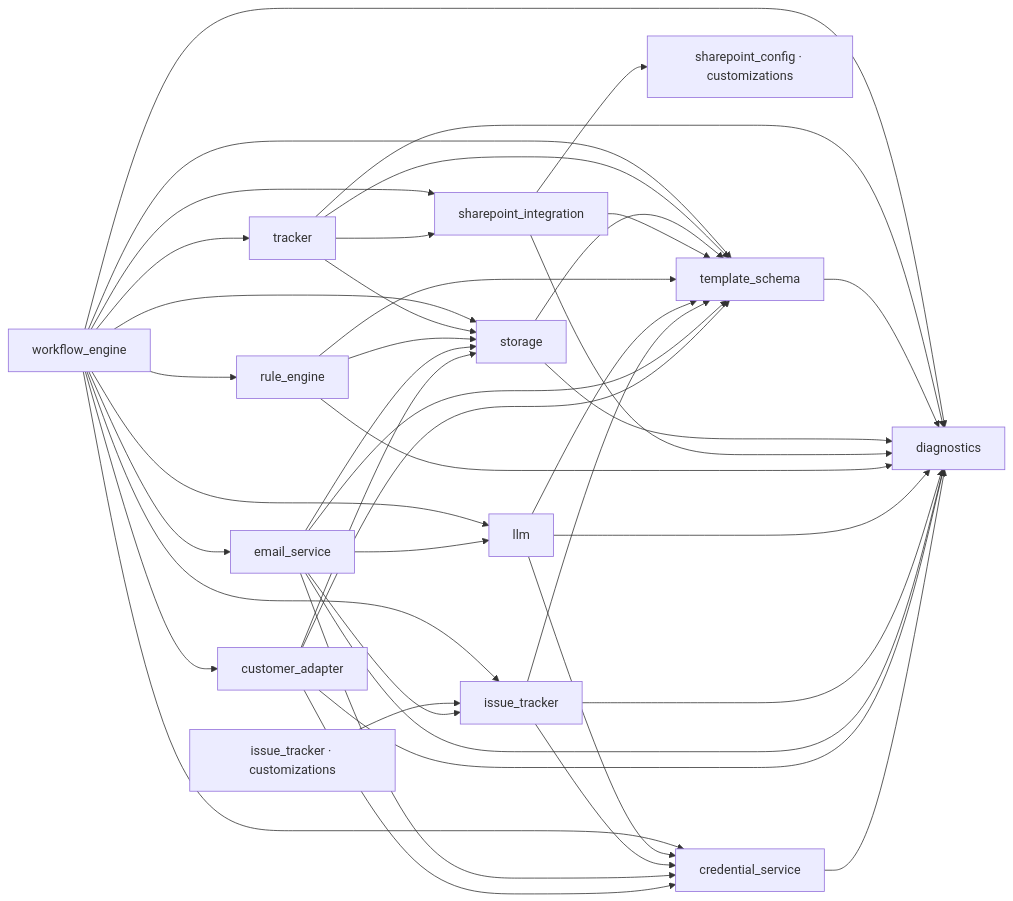
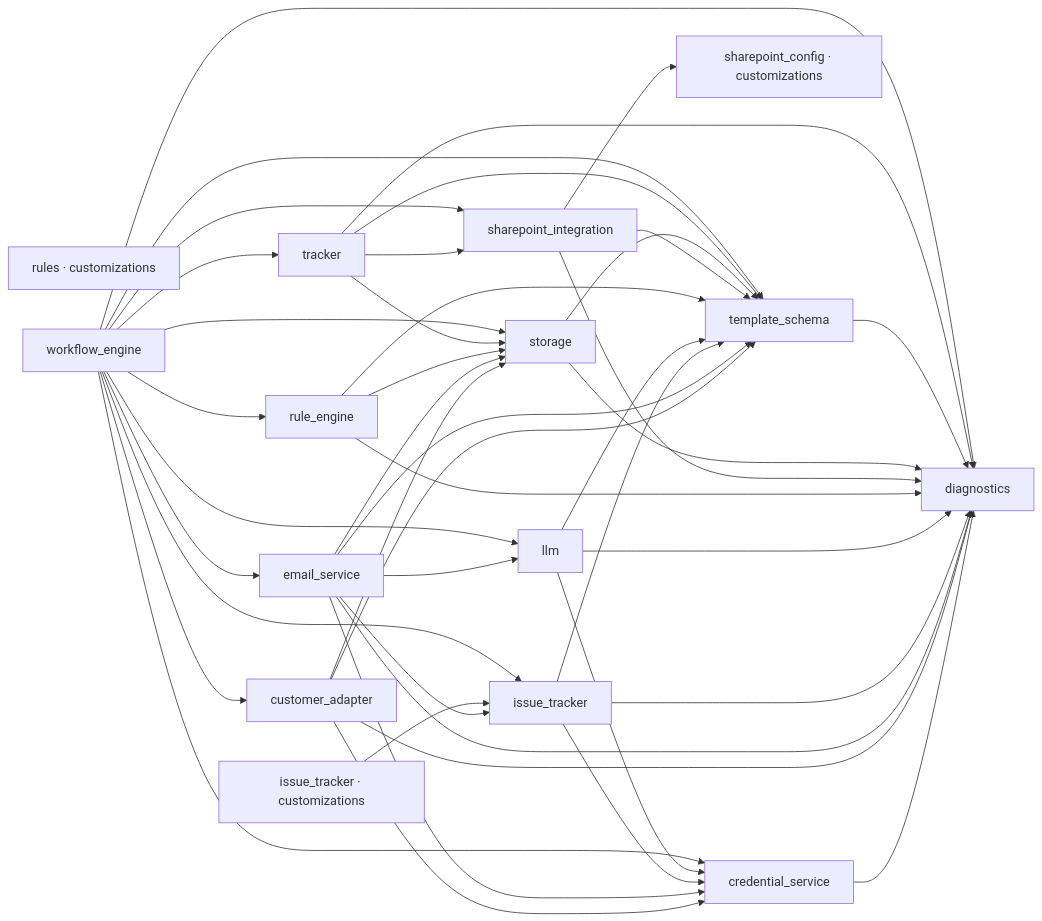
Before and after one commit to kurnoolion/hilda: the diagram in docs/compact/MAP.md, drawn with Mermaid. The commit also changed other lines of this file and 3 other files, not shown here.

Commit message:
close-session 2026-06-10 session 4: customizations/rules MODULE.md drop-zone; Batch 1 architecture closure + iterative dev↔arch cadence locked; regen-map MAP.md refresh

````diff
--- a/docs/compact/MAP.md
+++ b/docs/compact/MAP.md
@@ -24,60 +25,61 @@
 ```mermaid
 flowchart LR
     m_credential_service[credential_service]
     m_customer_adapter[customer_adapter]
     m_diagnostics[diagnostics]
     m_email_service[email_service]
     m_issue_tracker[issue_tracker]
     m_issue_tracker_cust[issue_tracker · customizations]
     m_llm[llm]
     m_rule_engine[rule_engine]
+    m_rules_cust[rules · customizations]
     m_sharepoint_config[sharepoint_config · customizations]
     m_sharepoint_integration[sharepoint_integration]
     m_storage[storage]
     m_template_schema[template_schema]
     m_tracker[tracker]
     m_workflow_engine[workflow_engine]
 
     m_credential_service --> m_diagnostics
     m_customer_adapter --> m_diagnostics
     m_customer_adapter --> m_credential_service
     m_customer_adapter --> m_storage
     m_customer_adapter --> m_template_schema
     m_email_service --> m_diagnostics
     m_email_service --> m_credential_service
     m_email_service --> m_storage
     m_email_service --> m_template_schema
     m_email_service --> m_llm
     m_email_service --> m_issue_tracker
     m_issue_tracker --> m_diagnostics
     m_issue_tracker --> m_template_schema
     m_issue_tracker --> m_credential_service
     m_issue_tracker_cust --> m_issue_tracker
     m_llm --> m_diagnostics
     m_llm --> m_credential_service
     m_llm --> m_template_schema
     m_rule_engine --> m_diagnostics
     m_rule_engine --> m_template_schema
     m_rule_engine --> m_storage
     m_sharepoint_integration --> m_diagnostics
     m_sharepoint_integration --> m_template_schema
     m_sharepoint_integration --> m_sharepoint_config
     m_storage --> m_diagnostics
     m_storage --> m_template_schema
     m_template_schema --> m_diagnostics
     m_tracker --> m_diagnostics
     m_tracker --> m_template_schema
     m_tracker --> m_storage
     m_tracker --> m_sharepoint_integration
     m_workflow_engine --> m_diagnostics
     m_workflow_engine --> m_template_schema
     m_workflow_engine --> m_rule_engine
     m_workflow_engine --> m_storage
     m_workflow_engine --> m_credential_service
     m_workflow_engine --> m_sharepoint_integration
     m_workflow_engine --> m_email_service
     m_workflow_engine --> m_customer_adapter
     m_workflow_engine --> m_issue_tracker
     m_workflow_engine --> m_llm
     m_workflow_engine --> m_tracker
 ```
````
